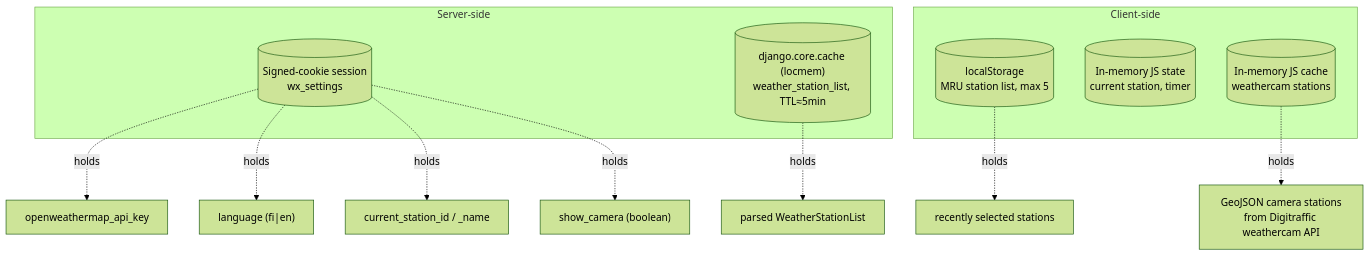
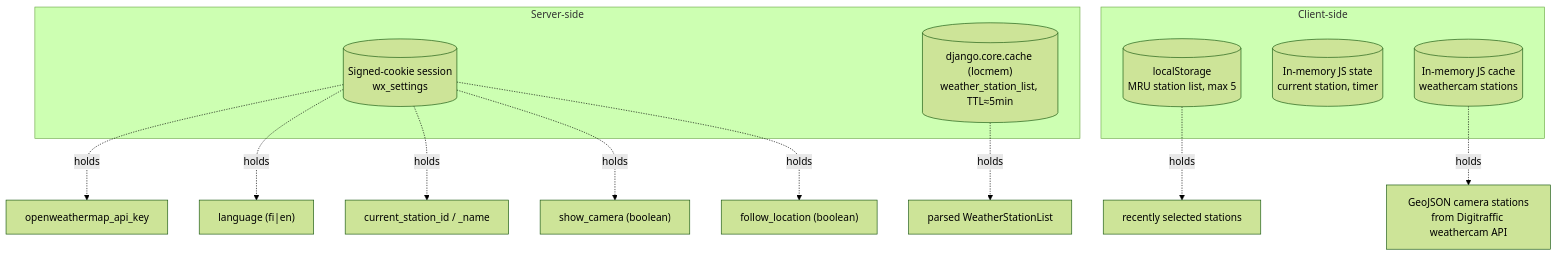
The seventh of 10 diagrams in docs/ARCHITECTURE.md (jjankkil/weatherview-django), drawn with Mermaid (forest theme) before and after one commit. The commit also changed other lines of this file and 6 other files, not shown here.

````diff
--- a/docs/ARCHITECTURE.md
+++ b/docs/ARCHITECTURE.md
@@ -309,20 +317,21 @@
 ```mermaid
 flowchart TB
     subgraph Server-side
         S1[("Signed-cookie session<br/>wx_settings")]
         S2[("django.core.cache (locmem)<br/>weather_station_list, TTL≈5min")]
     end
     subgraph Client-side
         C1[("localStorage<br/>MRU station list, max 5")]
         C2[("In-memory JS state<br/>current station, timer")]
         C3[("In-memory JS cache<br/>weathercam stations")]
     end
 
     S1 -.holds.-> K1["openweathermap_api_key"]
     S1 -.holds.-> K2["language (fi|en)"]
     S1 -.holds.-> K3["current_station_id / _name"]
     S1 -.holds.-> K6["show_camera (boolean)"]
+    S1 -.holds.-> K8["follow_location (boolean)"]
     S2 -.holds.-> K4["parsed WeatherStationList"]
     C1 -.holds.-> K5["recently selected stations"]
     C3 -.holds.-> K7["GeoJSON camera stations<br/>from Digitraffic weathercam API"]
 ```
````
